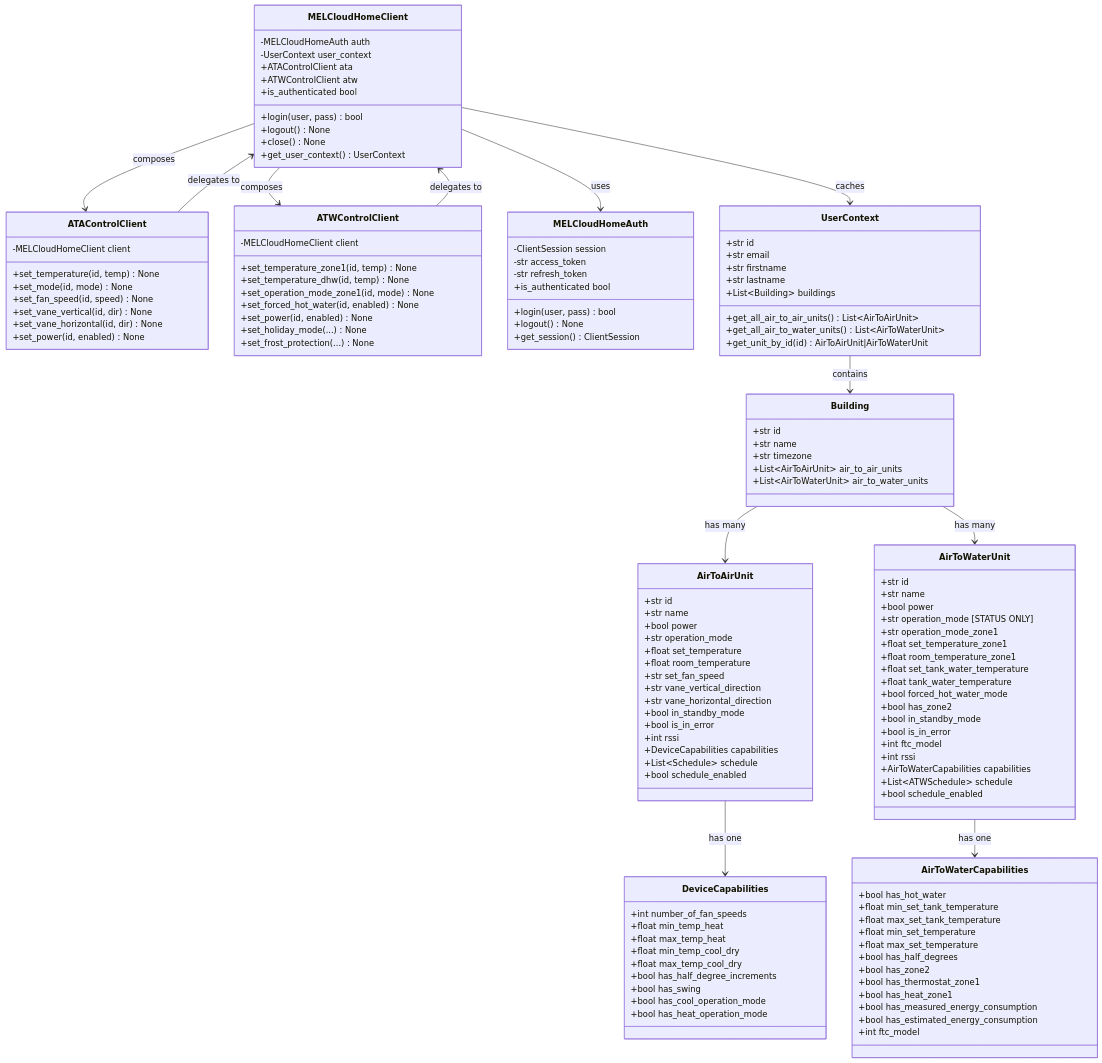
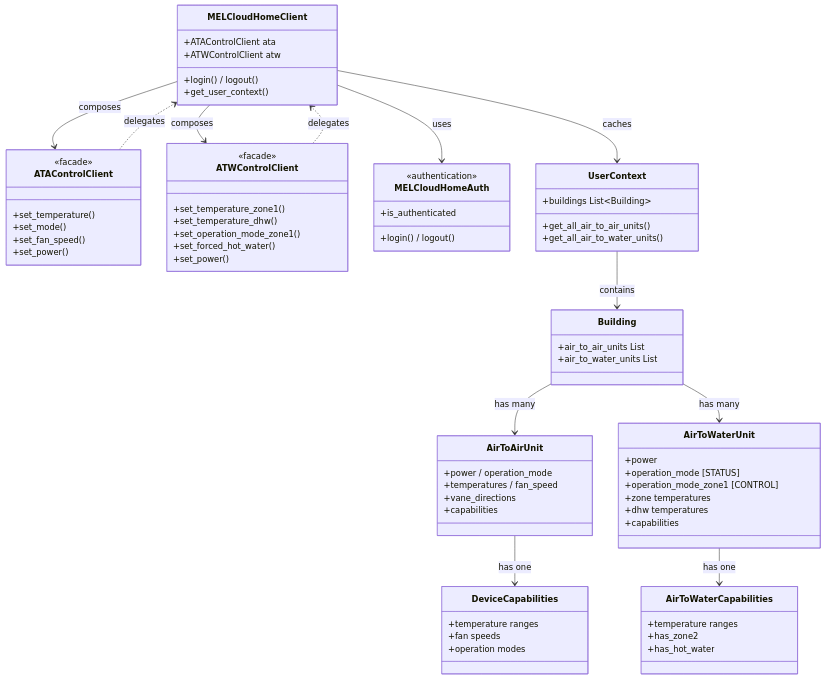
Before and after one commit to andrew-blake/melcloudhome: the third of 4 diagrams in docs/architecture.md, drawn with Mermaid. The commit also changed other lines of this file, not shown here.

First line of the commit message:
docs: Refactor architecture.md to reduce redundancy and improve clarity

````diff
--- a/docs/architecture.md
+++ b/docs/architecture.md
@@ -578,138 +173,79 @@
 ```mermaid
 classDiagram
     class MELCloudHomeClient {
-        -MELCloudHomeAuth auth
-        -UserContext user_context
         +ATAControlClient ata
         +ATWControlClient atw
-        +login(user, pass) bool
-        +logout() None
-        +close() None
-        +is_authenticated bool
-        +get_user_context() UserContext
+        +login() / logout()
+        +get_user_context()
     }
 
     class ATAControlClient {
-        -MELCloudHomeClient client
-        +set_temperature(id, temp) None
-        +set_mode(id, mode) None
-        +set_fan_speed(id, speed) None
-        +set_vane_vertical(id, dir) None
-        +set_vane_horizontal(id, dir) None
-        +set_power(id, enabled) None
+        <<facade>>
+        +set_temperature()
+        +set_mode()
+        +set_fan_speed()
+        +set_power()
     }
 
     class ATWControlClient {
-        -MELCloudHomeClient client
-        +set_temperature_zone1(id, temp) None
-        +set_temperature_dhw(id, temp) None
-        +set_operation_mode_zone1(id, mode) None
-        +set_forced_hot_water(id, enabled) None
-        +set_power(id, enabled) None
-        +set_holiday_mode(...) None
-        +set_frost_protection(...) None
+        <<facade>>
+        +set_temperature_zone1()
+        +set_temperature_dhw()
+        +set_operation_mode_zone1()
+        +set_forced_hot_water()
+        +set_power()
     }
 
     class MELCloudHomeAuth {
-        -ClientSession session
-        -str access_token
-        -str refresh_token
-        +login(user, pass) bool
-        +logout() None
-        +get_session() ClientSession
-        +is_authenticated bool
+        <<authentication>>
+        +login() / logout()
+        +is_authenticated
     }
 
     class UserContext {
-        +str id
-        +str email
-        +str firstname
-        +str lastname
-        +List~Building~ buildings
-        +get_all_air_to_air_units() List~AirToAirUnit~
-        +get_all_air_to_water_units() List~AirToWaterUnit~
-        +get_unit_by_id(id) AirToAirUnit|AirToWaterUnit
+        +buildings List~Building~
+        +get_all_air_to_air_units()
+        +get_all_air_to_water_units()
     }
 
     class Building {
-        +str id
-        +str name
-        +str timezone
-        +List~AirToAirUnit~ air_to_air_units
-        +List~AirToWaterUnit~ air_to_water_units
+        +air_to_air_units List
+        +air_to_water_units List
     }
 
     class AirToAirUnit {
-        +str id
-        +str name
-        +bool power
-        +str operation_mode
-        +float set_temperature
-        +float room_temperature
-        +str set_fan_speed
-        +str vane_vertical_direction
-        +str vane_horizontal_direction
-        +bool in_standby_mode
-        +bool is_in_error
-        +int rssi
-        +DeviceCapabilities capabilities
-        +List~Schedule~ schedule
-        +bool schedule_enabled
+        +power / operation_mode
+        +temperatures / fan_speed
+        +vane_directions
+        +capabilities
     }
 
     class AirToWaterUnit {
-        +str id
-        +str name
-        +bool power
-        +str operation_mode [STATUS ONLY]
-        +str operation_mode_zone1
-        +float set_temperature_zone1
-        +float room_temperature_zone1
-        +float set_tank_water_temperature
-        +float tank_water_temperature
-        +bool forced_hot_water_mode
-        +bool has_zone2
-        +bool in_standby_mode
-        +bool is_in_error
-        +int ftc_model
-        +int rssi
-        +AirToWaterCapabilities capabilities
-        +List~ATWSchedule~ schedule
-        +bool schedule_enabled
+        +power
+        +operation_mode [STATUS]
+        +operation_mode_zone1 [CONTROL]
+        +zone temperatures
+        +dhw temperatures
+        +capabilities
     }
 
     class DeviceCapabilities {
-        +int number_of_fan_speeds
-        +float min_temp_heat
-        +float max_temp_heat
-        +float min_temp_cool_dry
-        +float max_temp_cool_dry
-        +bool has_half_degree_increments
-        +bool has_swing
-        +bool has_cool_operation_mode
-        +bool has_heat_operation_mode
+        +temperature ranges
+        +fan speeds
+        +operation modes
     }
 
     class AirToWaterCapabilities {
-        +bool has_hot_water
-        +float min_set_tank_temperature
-        +float max_set_tank_temperature
-        +float min_set_temperature
-        +float max_set_temperature
-        +bool has_half_degrees
-        +bool has_zone2
-        +bool has_thermostat_zone1
-        +bool has_heat_zone1
-        +bool has_measured_energy_consumption
-        +bool has_estimated_energy_consumption
-        +int ftc_model
+        +temperature ranges
+        +has_zone2
+        +has_hot_water
     }
 
     MELCloudHomeClient --> MELCloudHomeAuth : uses
     MELCloudHomeClient --> ATAControlClient : composes
     MELCloudHomeClient --> ATWControlClient : composes
-    ATAControlClient --> MELCloudHomeClient : delegates to
-    ATWControlClient --> MELCloudHomeClient : delegates to
+    ATAControlClient ..> MELCloudHomeClient : delegates
+    ATWControlClient ..> MELCloudHomeClient : delegates
     MELCloudHomeClient --> UserContext : caches
     UserContext --> Building : contains
     Building --> AirToAirUnit : has many
````
